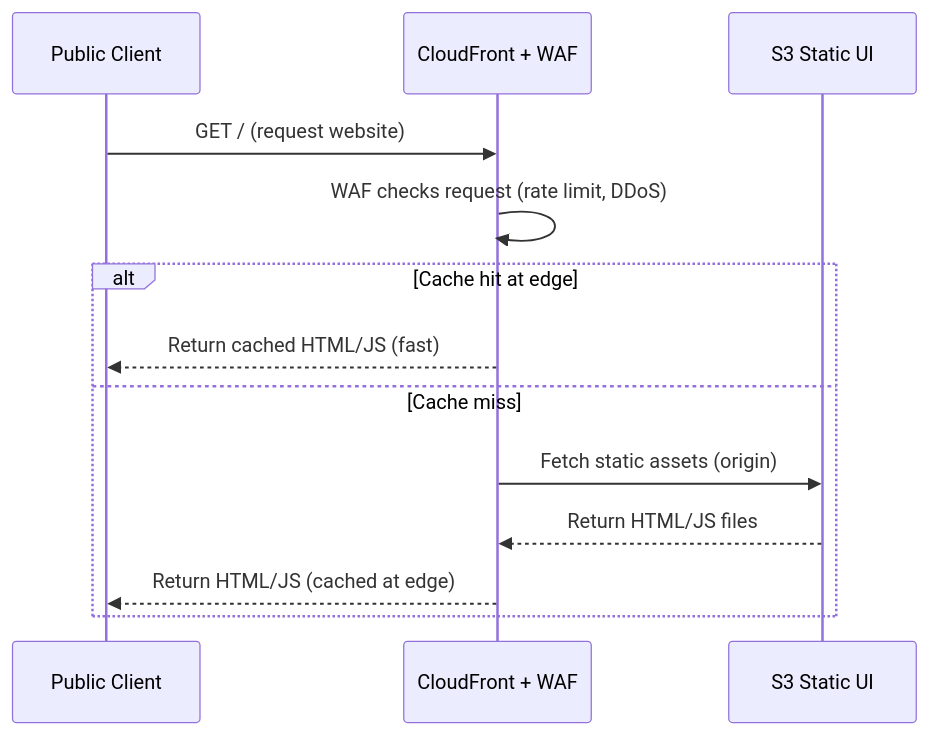
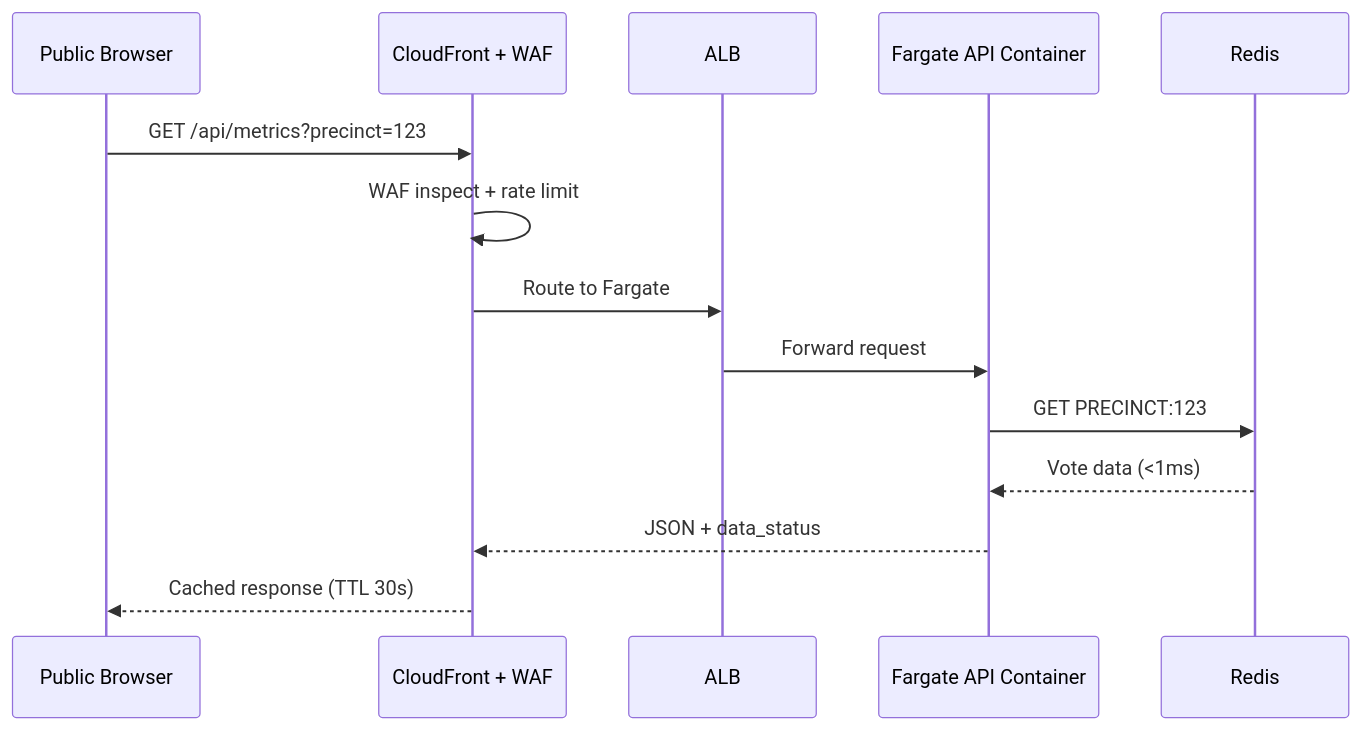
One commit to daryllmagsombol/ppcrv-poc changed the second of 5 diagrams in README.md. Above: the diagram before and after it, drawn with Mermaid. The commit also changed other lines of this file and 9 other files, not shown here.

Commit message:
added v3 architecture, rearrange files, other optimizations

````diff
--- a/README.md
+++ b/README.md
@@ -389,16 +304,17 @@
 ```mermaid
 sequenceDiagram
-    participant Public as Public Client
-    participant CDN as CloudFront + WAF
-    participant S3 as S3 Static UI
+    participant Public as Public Browser
+    participant CF as CloudFront + WAF
+    participant ALB as ALB
+    participant API as Fargate API Container
+    participant Redis as Redis
 
-    Public->>CDN: GET / (request website)
-    CDN->>CDN: WAF checks request (rate limit, DDoS)
-    alt Cache hit at edge
-        CDN-->>Public: Return cached HTML/JS (fast)
-    else Cache miss
-        CDN->>S3: Fetch static assets (origin)
-        S3-->>CDN: Return HTML/JS files
-        CDN-->>Public: Return HTML/JS (cached at edge)
-    end
+    Public->>CF: GET /api/metrics?precinct=123
+    CF->>CF: WAF inspect + rate limit
+    CF->>ALB: Route to Fargate
+    ALB->>API: Forward request
+    API->>Redis: GET PRECINCT:123
+    Redis-->>API: Vote data (<1ms)
+    API-->>CF: JSON + data_status
+    CF-->>Public: Cached response (TTL 30s)
 ```
````
